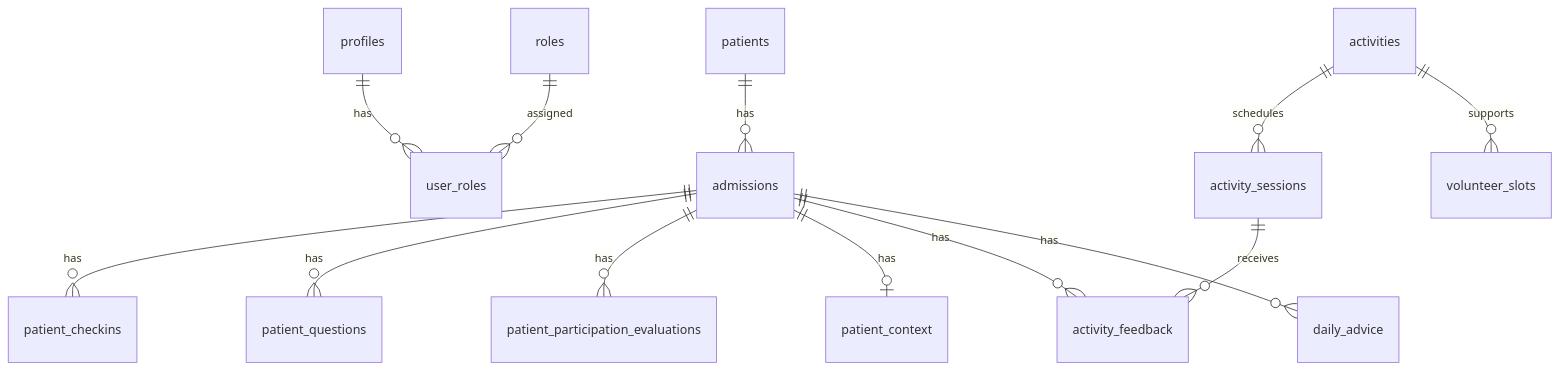
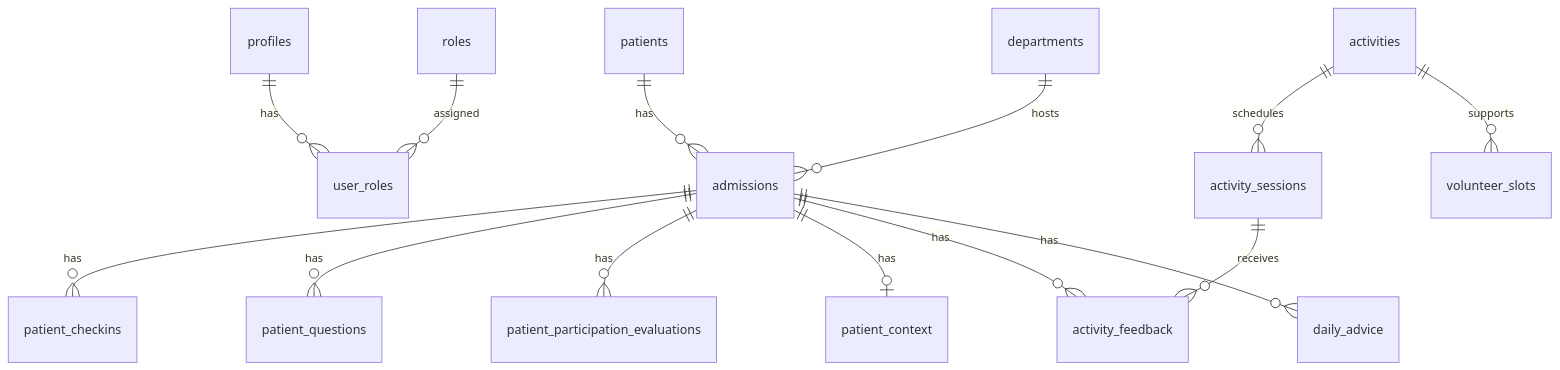
One commit to MorikuMarieke/opname-buddy changed the diagram in docs/domain-model.md. Above: the diagram before and after it, drawn with Mermaid. The commit also changed other lines of this file and 64 other files, not shown here.

````diff
--- a/docs/domain-model.md
+++ b/docs/domain-model.md
@@ -424,15 +462,16 @@
 ```mermaid
 erDiagram
   profiles ||--o{ user_roles : has
   roles ||--o{ user_roles : assigned
   patients ||--o{ admissions : has
+  departments ||--o{ admissions : hosts
   admissions ||--o{ patient_checkins : has
   admissions ||--o{ patient_questions : has
   admissions ||--o{ patient_participation_evaluations : has
   admissions ||--o| patient_context : has
   activities ||--o{ activity_sessions : schedules
   activities ||--o{ volunteer_slots : supports
   activity_sessions ||--o{ activity_feedback : receives
   admissions ||--o{ activity_feedback : has
   admissions ||--o{ daily_advice : has
 ```
````
